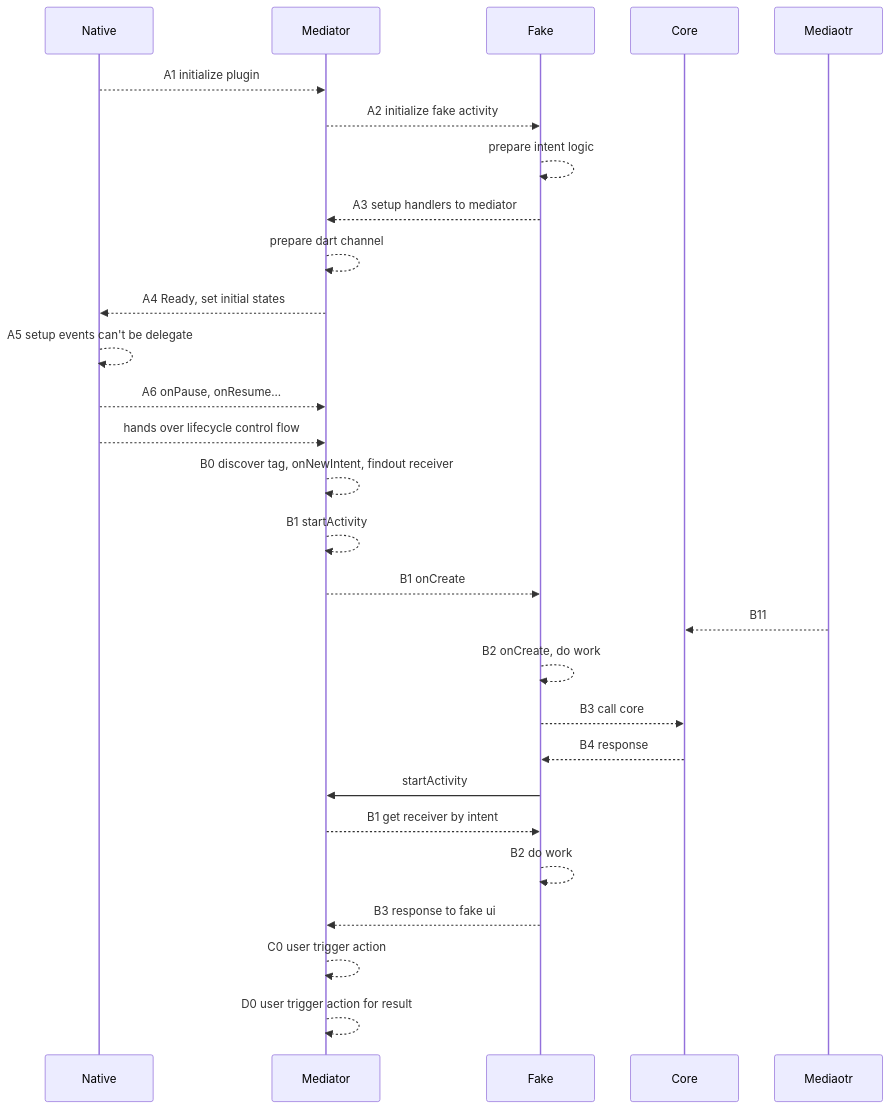
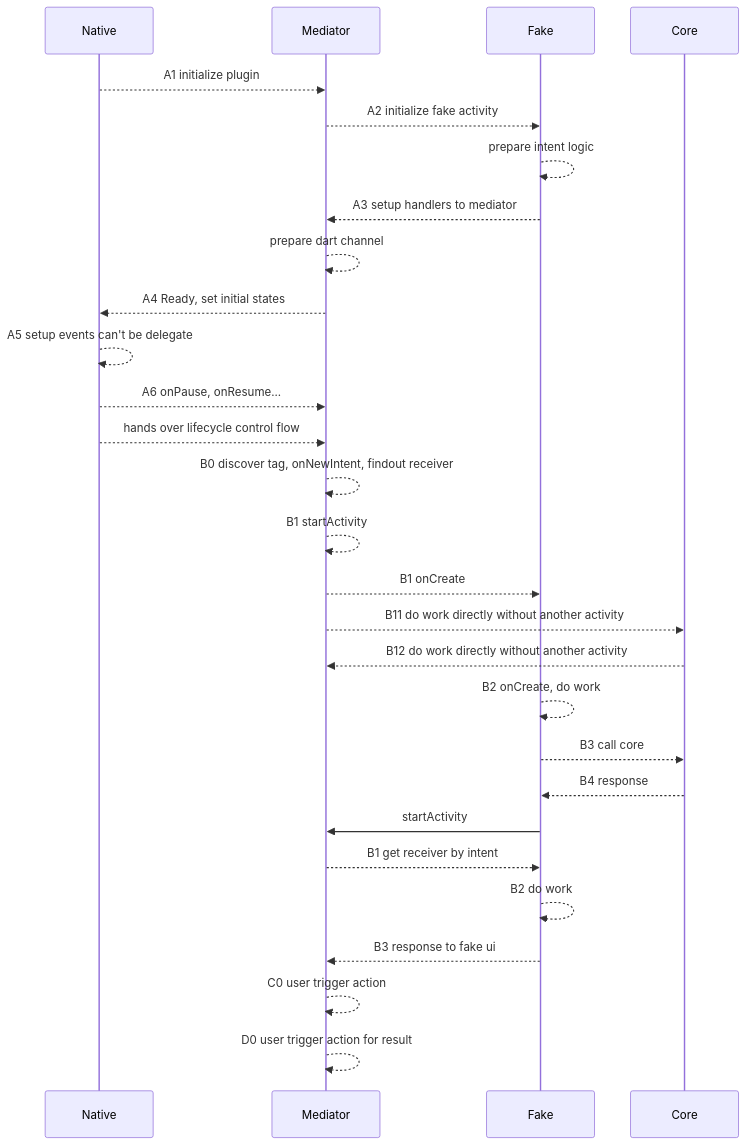
Before and after one commit to gordianknotC/nxp_note: the second of 2 diagrams in flutter/addActivityResultListener.md, drawn with Mermaid. The commit also changed other lines of this file, not shown here.

Commit message:
flutter/addActivityResultListener.md updated from https://stackedit.io/

````diff
--- a/flutter/addActivityResultListener.md
+++ b/flutter/addActivityResultListener.md
@@ -55,37 +55,38 @@
 ```mermaid
 sequenceDiagram
 participant Native
 participant Mediator
 participant Fake
 participant Core
 
 Native -->> Mediator: A1 initialize plugin
 Mediator -->> Fake: A2 initialize fake activity
 Fake -->> Fake: prepare intent logic
 Fake -->> Mediator: A3 setup handlers to mediator
 Mediator -->> Mediator: prepare dart channel
 Mediator -->> Native: A4 Ready, set initial states
 Native -->> Native: A5 setup events can't be delegate
 Native -->> Mediator: A6 onPause, onResume...
 Native -->> Mediator: hands over lifecycle control flow
 
 Mediator-->> Mediator: B0 discover tag, onNewIntent, findout receiver
 Mediator-->>Mediator: B1 startActivity
 Mediator-->>Fake: B1 onCreate
-Mediaotr-->>Core: B11
+Mediator-->>Core: B11 do work directly without another activity
+Core-->>Mediator: B12 do work directly without another activity
 Fake-->>Fake: B2 onCreate, do work
 Fake-->>Core:B3 call core
 Core-->>Fake:B4 response
 Fake->>Mediator: startActivity
 
 Mediator-->>Fake: B1 get receiver by intent
 Fake-->>Fake:B2 do work
 
 Fake-->>Mediator:B3 response to fake ui
 
  
  Mediator-->>Mediator: C0 user trigger action
  
  Mediator-->>Mediator: D0 user trigger action for result
 
 ```
````
